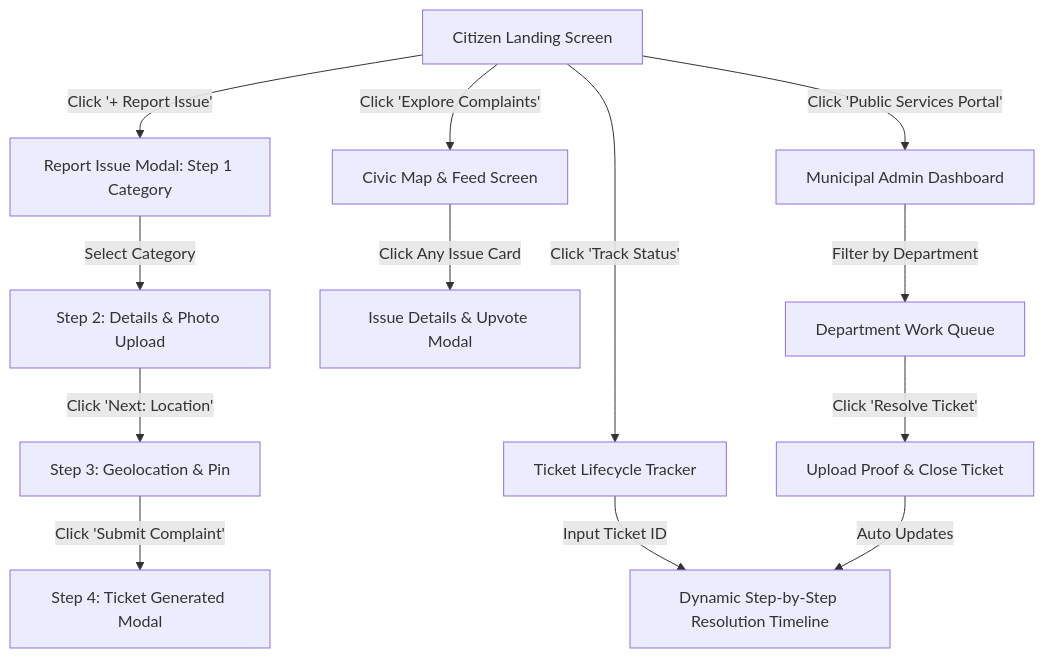
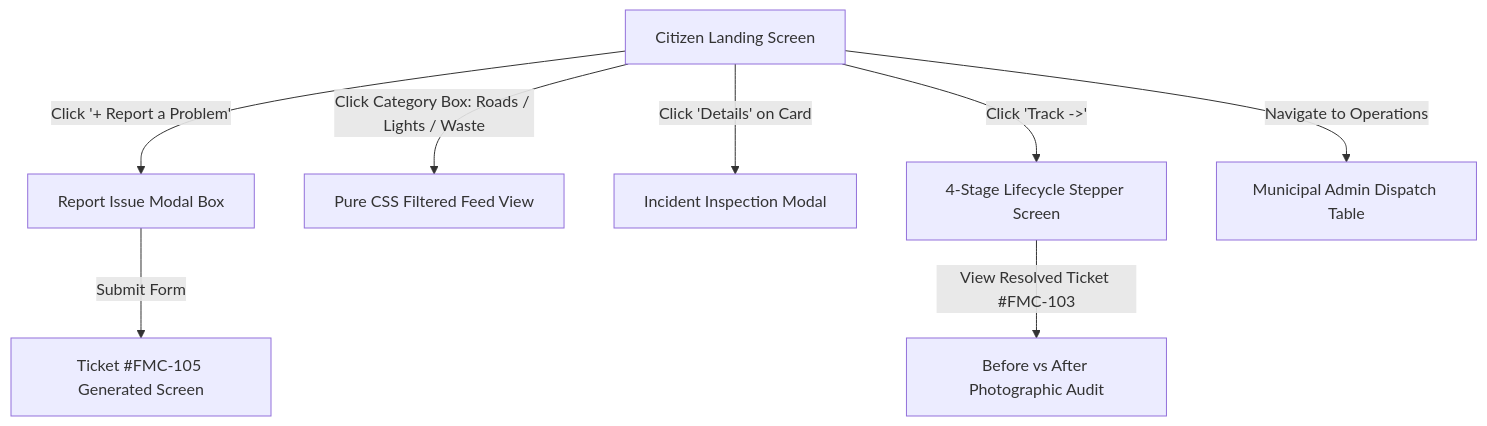
The diagram in FIGMA_PROTOTYPE_SPEC.md (Aryan2739/fix-my-city), drawn with Mermaid before and after one commit. The commit also changed other lines of this file, not shown here.

Commit message:
docs: update Figma prototype spec with Minimalist Monochrome box tokens and interaction flow

````diff
--- a/FIGMA_PROTOTYPE_SPEC.md
+++ b/FIGMA_PROTOTYPE_SPEC.md
@@ -86,18 +71,13 @@
 ```mermaid
 flowchart TD
-    A[Citizen Landing Screen] -->|Click '+ Report Issue'| B[Report Issue Modal: Step 1 Category]
-    B -->|Select Category| C[Step 2: Details & Photo Upload]
-    C -->|Click 'Next: Location'| D[Step 3: Geolocation & Pin]
-    D -->|Click 'Submit Complaint'| E[Step 4: Ticket Generated Modal]
+    A[Citizen Landing Screen] -->|Click '+ Report a Problem'| B[Report Issue Modal Box]
+    B -->|Submit Form| C[Ticket #FMC-105 Generated Screen]
     
-    A -->|Click 'Explore Complaints'| F[Civic Map & Feed Screen]
-    F -->|Click Any Issue Card| G[Issue Details & Upvote Modal]
+    A -->|Click Category Box: Roads / Lights / Waste| D[Pure CSS Filtered Feed View]
+    A -->|Click 'Details' on Card| E[Incident Inspection Modal]
     
-    A -->|Click 'Track Status'| H[Ticket Lifecycle Tracker]
-    H -->|Input Ticket ID| I[Dynamic Step-by-Step Resolution Timeline]
+    A -->|Click 'Track ->'| F[4-Stage Lifecycle Stepper Screen]
+    F -->|View Resolved Ticket #FMC-103| G[Before vs After Photographic Audit]
     
-    A -->|Click 'Public Services Portal'| J[Municipal Admin Dashboard]
-    J -->|Filter by Department| K[Department Work Queue]
-    K -->|Click 'Resolve Ticket'| L[Upload Proof & Close Ticket]
-    L -->|Auto Updates| I
+    A -->|Navigate to Operations| H[Municipal Admin Dispatch Table]
 ```
````
